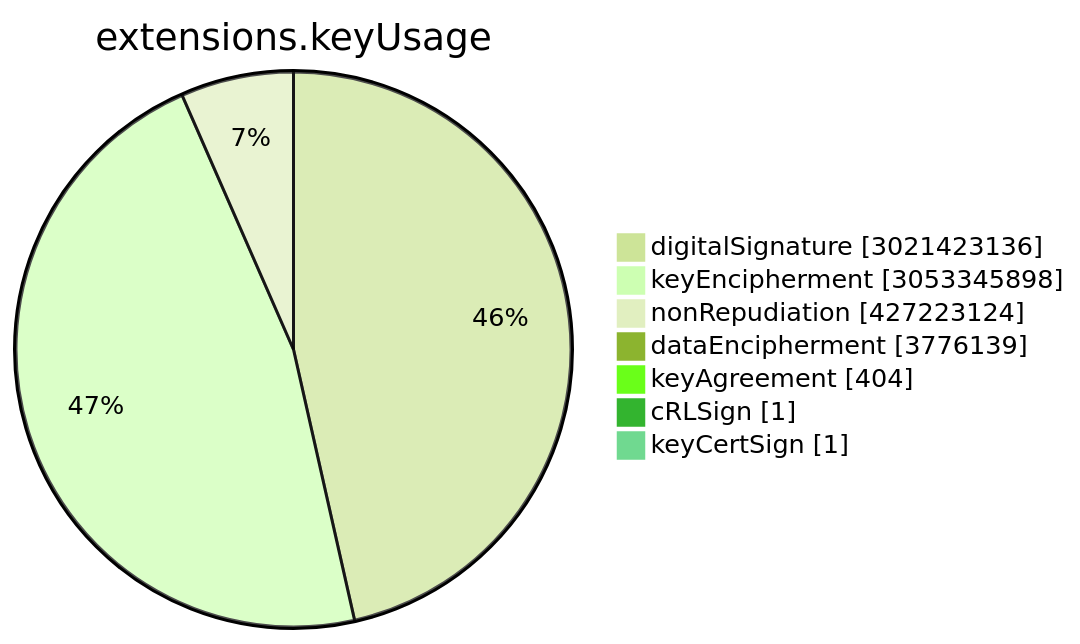
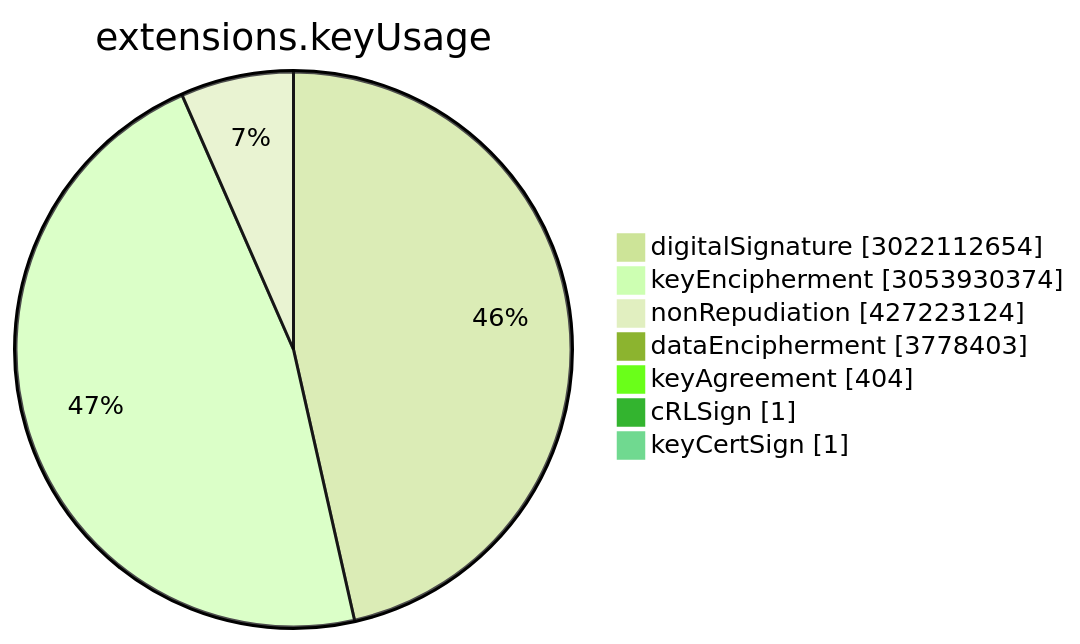
The sixth of 15 diagrams in TOTAL/README.md (christiankrug/ctmonitor_visualization), drawn with Mermaid (forest theme) before and after one commit. The commit also changed other lines of this file, not shown here.

````diff
--- a/TOTAL/README.md
+++ b/TOTAL/README.md
@@ -3077,11 +3077,11 @@
 ```mermaid
 pie showData
 title extensions.keyUsage
-"digitalSignature" :3021423136
-"keyEncipherment" :3053345898
+"digitalSignature" :3022112654
+"keyEncipherment" :3053930374
 "nonRepudiation" :427223124
-"dataEncipherment" :3776139
+"dataEncipherment" :3778403
 "keyAgreement" :404
 "cRLSign" :1
 "keyCertSign" :1
 ```
````
